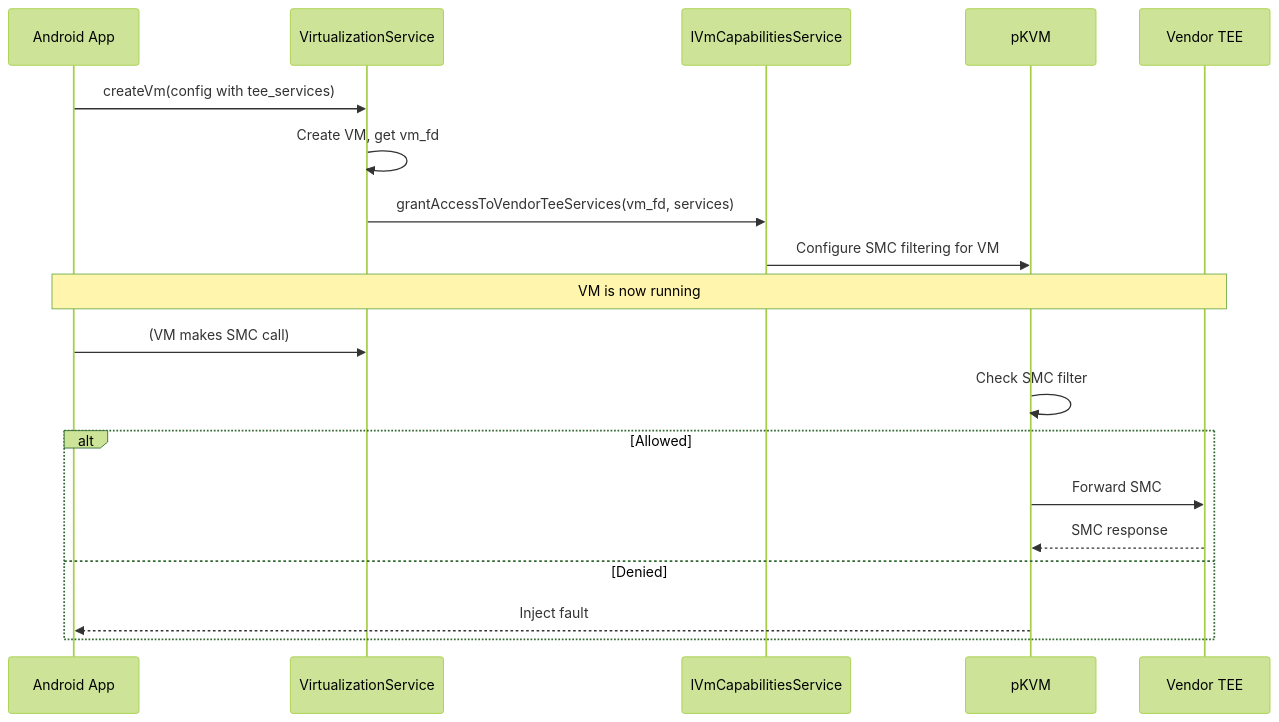
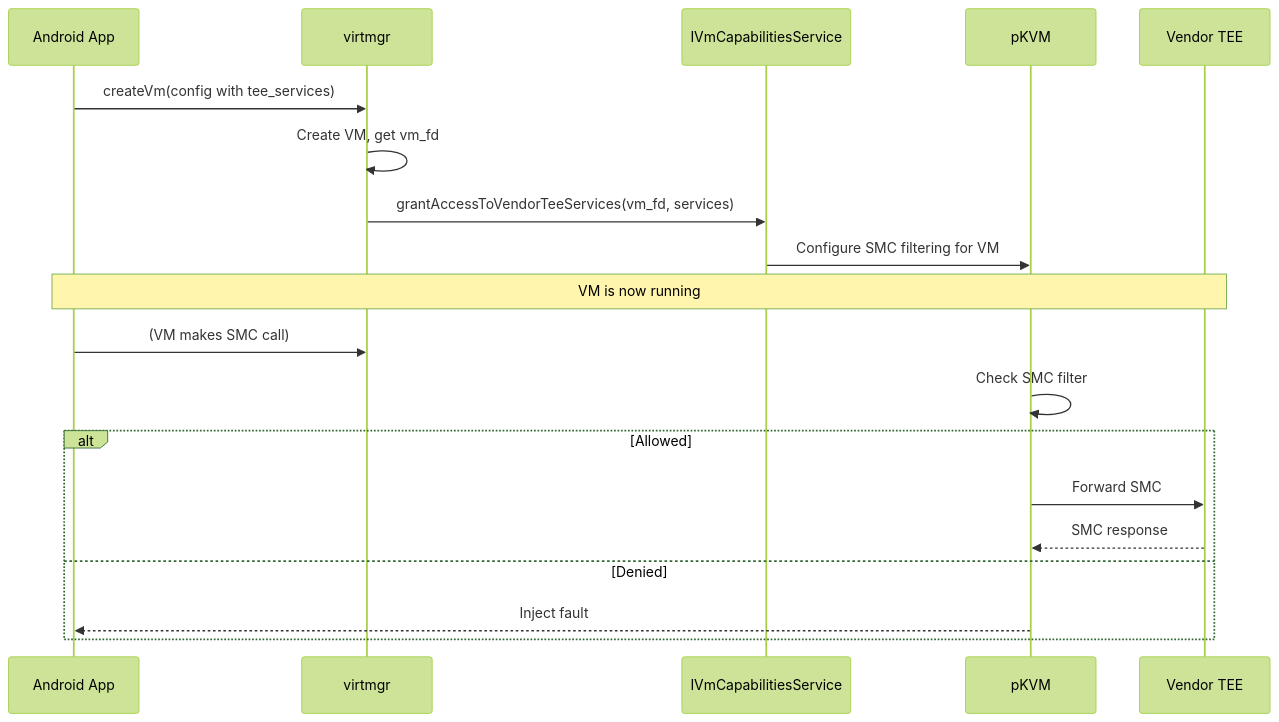
Before and after one commit to aospbooks/aosp-internal-book: diagram 18 of 38 in 56-virtualization.md, drawn with Mermaid (forest theme). The commit also changed other lines of this file and 218 other files, not shown here.

````diff
--- a/56-virtualization.md
+++ b/56-virtualization.md
@@ -2087,25 +2099,25 @@
 ```mermaid
 sequenceDiagram
     participant App as Android App
-    participant VS as VirtualizationService
+    participant VM as virtmgr
     participant CAPS as IVmCapabilitiesService
     participant pKVM as pKVM
     participant TEE as Vendor TEE
 
-    App->>VS: createVm(config with tee_services)
-    VS->>VS: Create VM, get vm_fd
+    App->>VM: createVm(config with tee_services)
+    VM->>VM: Create VM, get vm_fd
 
-    VS->>CAPS: grantAccessToVendorTeeServices(vm_fd, services)
+    VM->>CAPS: grantAccessToVendorTeeServices(vm_fd, services)
     CAPS->>pKVM: Configure SMC filtering for VM
 
     Note over App,TEE: VM is now running
 
-    App->>VS: (VM makes SMC call)
+    App->>VM: (VM makes SMC call)
     pKVM->>pKVM: Check SMC filter
     alt Allowed
         pKVM->>TEE: Forward SMC
         TEE-->>pKVM: SMC response
     else Denied
         pKVM-->>App: Inject fault
     end
 ```
````
